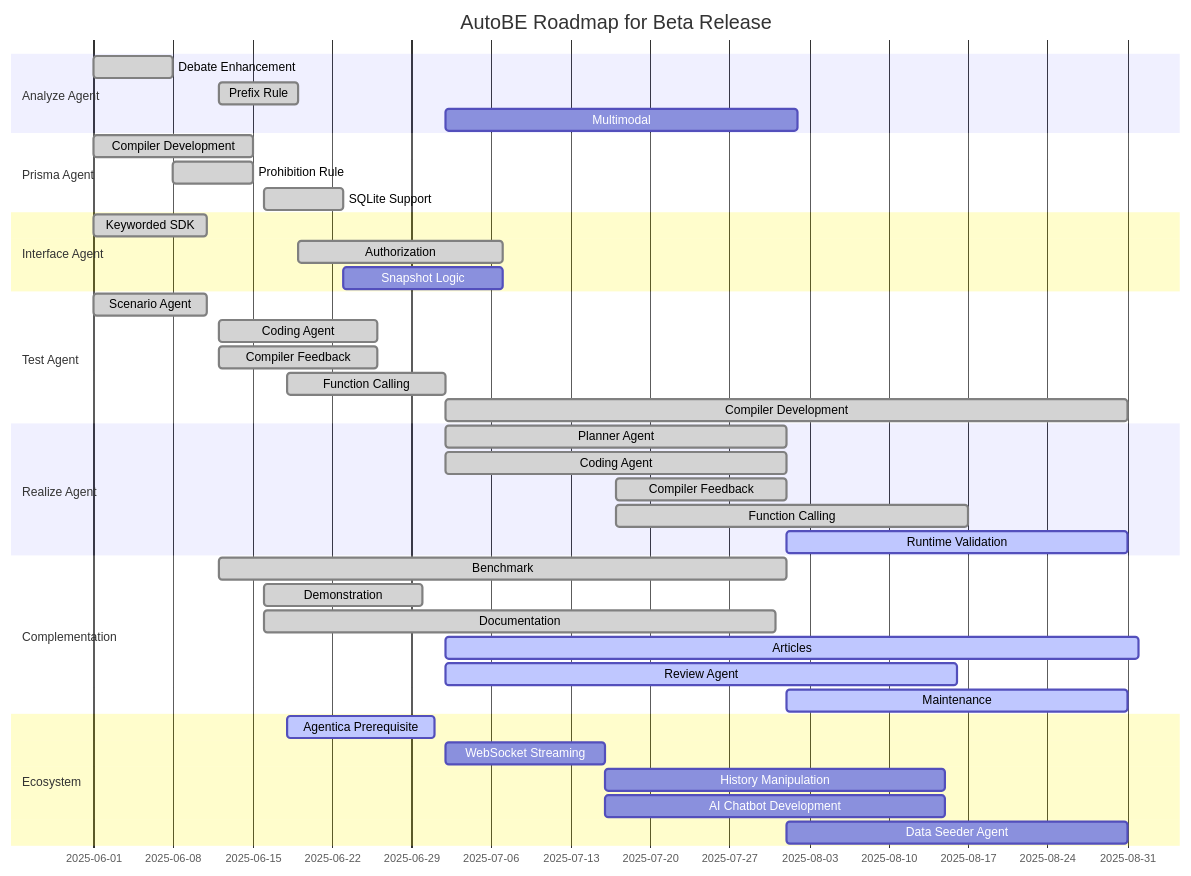
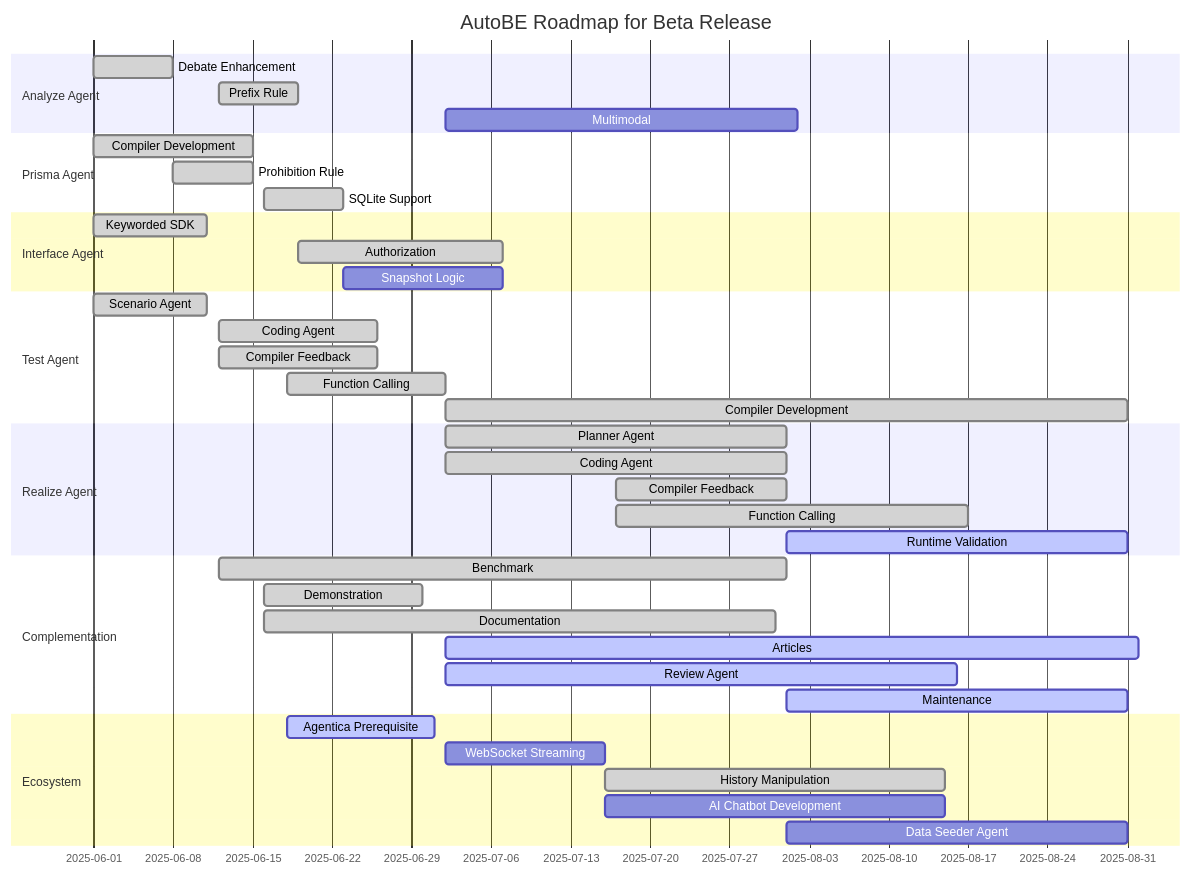
One commit to RavenView-ai/autobe changed the second of 2 diagrams in README.md. Above: the diagram before and after it, drawn with Mermaid. The commit also changed 5 other files, not shown here.

````diff
--- a/README.md
+++ b/README.md
@@ -167,49 +167,49 @@
 ```mermaid
 gantt
   dateFormat YYYY-MM-DD
   title AutoBE Roadmap for Beta Release
 
   section Analyze Agent
   Debate Enhancement: done,    2025-06-01,  7d
   Prefix Rule:        done,    2025-06-12,  7d
   Multimodal:         planned, 2025-07-02, 31d
 
   section Prisma Agent
   Compiler Development: done, 2025-06-01, 14d
   Prohibition Rule:     done, 2025-06-08,  7d
   SQLite Support:       done, 2025-06-16,  7d
 
   section Interface Agent
   Keyworded SDK:  done,    2025-06-01, 10d
   Authorization:  done,    2025-06-19, 18d
   Snapshot Logic: planned, 2025-06-23, 14d
 
   section Test Agent
   Scenario Agent:       done, 2025-06-01, 10d        
   Coding Agent:         done, 2025-06-12, 14d
   Compiler Feedback:    done, 2025-06-12, 14d
   Function Calling:     done, 2025-06-18, 14d
   Compiler Development: done, 2025-07-02, 60d
 
   section Realize Agent
   Planner Agent:      done,   2025-07-02, 30d
   Coding Agent:       done,   2025-07-02, 30d
   Compiler Feedback:  done,   2025-07-17, 15d
   Function Calling:   done,   2025-07-17, 31d
   Runtime Validation: active, 2025-08-01, 30d
 
   section Complementation
   Benchmark:     done,   2025-06-12, 50d
   Demonstration: done,   2025-06-16, 14d
   Documentation: done,   2025-06-16, 45d
   Articles:      active, 2025-07-02, 61d
   Review Agent:  active, 2025-07-02, 45d
   Maintenance:   active, 2025-08-01, 30d
 
   section Ecosystem
   Agentica Prerequisite:  active,  2025-06-18, 13d
   WebSocket Streaming:    planned, 2025-07-02, 14d
-  History Manipulation:   planned, 2025-07-16, 30d
+  History Manipulation:   done,    2025-07-16, 30d
   AI Chatbot Development: planned, 2025-07-16, 30d
   Data Seeder Agent:      planned, 2025-08-01, 30d
 ```
````
